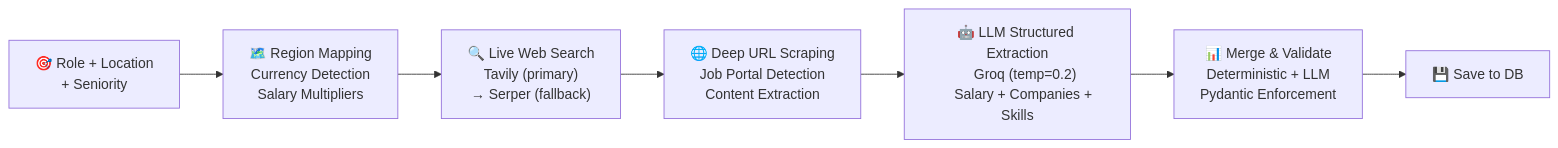
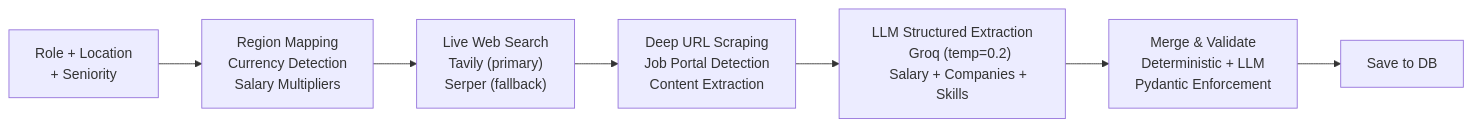
Before and after one commit to Anil-Pradhan-web/ai-career-mentor: the sixth of 12 diagrams in README.md, drawn with Mermaid. The commit also changed other lines of this file and 2 other files, not shown here.

Commit message:
docs: add high-resolution system architecture diagram image to README.md and ARCHITECTURE.md

````diff
--- a/README.md
+++ b/README.md
@@ -316,20 +316,20 @@
 ```mermaid
 flowchart LR
-    A["🎯 Role + Location
-    + Seniority"] --> B["🗺️ Region Mapping
+    A["Role + Location
+    + Seniority"] --> B["Region Mapping
     Currency Detection
     Salary Multipliers"]
-    B --> C["🔍 Live Web Search
+    B --> C["Live Web Search
     Tavily (primary)
-    → Serper (fallback)"]
-    C --> D["🌐 Deep URL Scraping
+    Serper (fallback)"]
+    C --> D["Deep URL Scraping
     Job Portal Detection
     Content Extraction"]
-    D --> E["🤖 LLM Structured Extraction
+    D --> E["LLM Structured Extraction
     Groq (temp=0.2)
     Salary + Companies + Skills"]
-    E --> F["📊 Merge & Validate
+    E --> F["Merge & Validate
     Deterministic + LLM
     Pydantic Enforcement"]
-    F --> G["💾 Save to DB"]
+    F --> G["Save to DB"]
 ```
````
